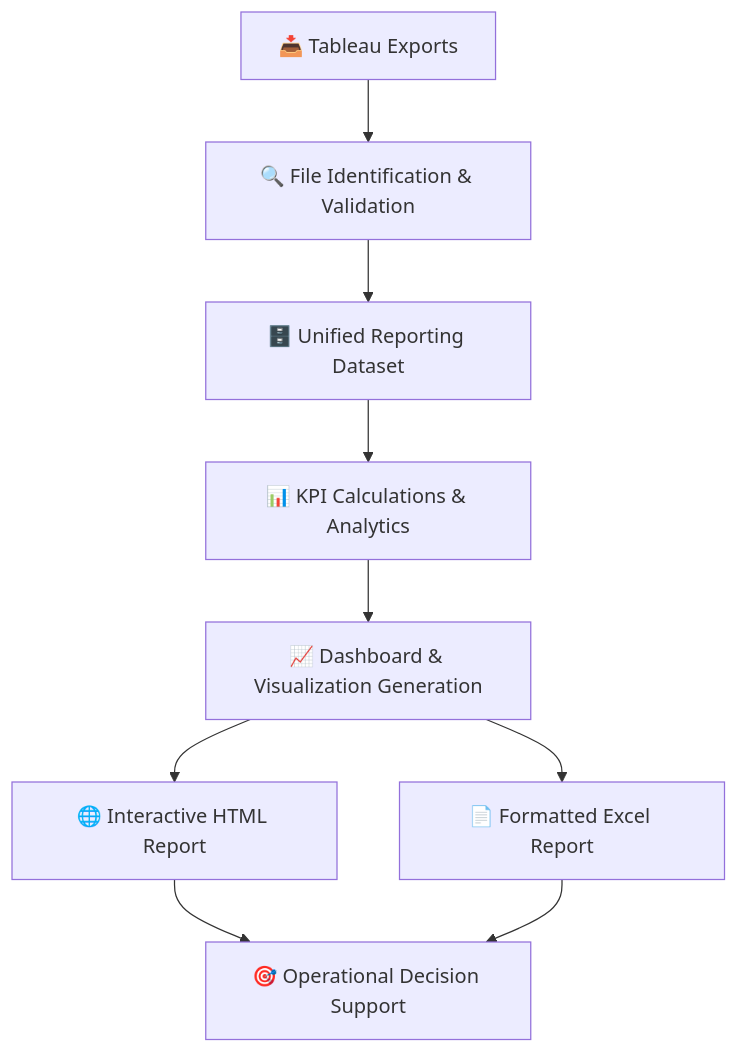
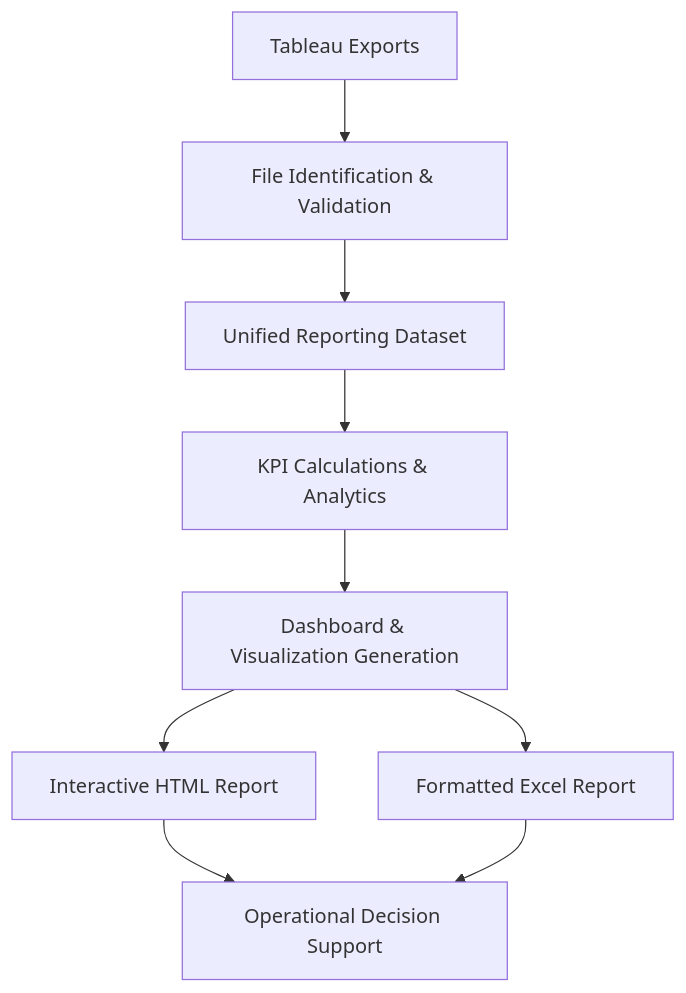
The diagram in README.md (DiazIturbe/retail-performance-reporting-platform), drawn with Mermaid before and after one commit. The commit also changed other lines of this file, not shown here.

````diff
--- a/README.md
+++ b/README.md
@@ -52,11 +51,11 @@
 ```mermaid
 flowchart TD
-    A[📥 Tableau Exports] --> B[🔍 File Identification & Validation]
-    B --> C[🗄️ Unified Reporting Dataset]
-    C --> D[📊 KPI Calculations & Analytics]
-    D --> E[📈 Dashboard & Visualization Generation]
-    E --> F[🌐 Interactive HTML Report]
-    E --> G[📄 Formatted Excel Report]
-    F --> H[🎯 Operational Decision Support]
+    A[Tableau Exports] --> B[File Identification & Validation]
+    B --> C[Unified Reporting Dataset]
+    C --> D[KPI Calculations & Analytics]
+    D --> E[Dashboard & Visualization Generation]
+    E --> F[Interactive HTML Report]
+    E --> G[Formatted Excel Report]
+    F --> H[Operational Decision Support]
     G --> H
 ```
````
